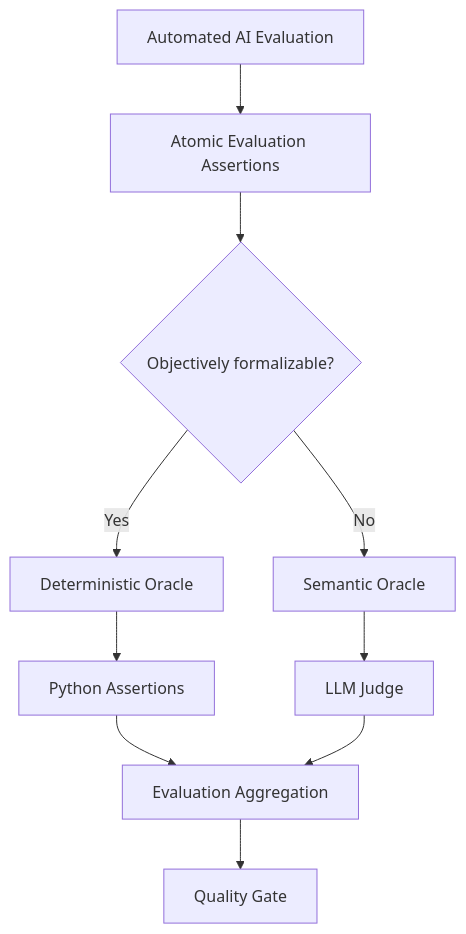
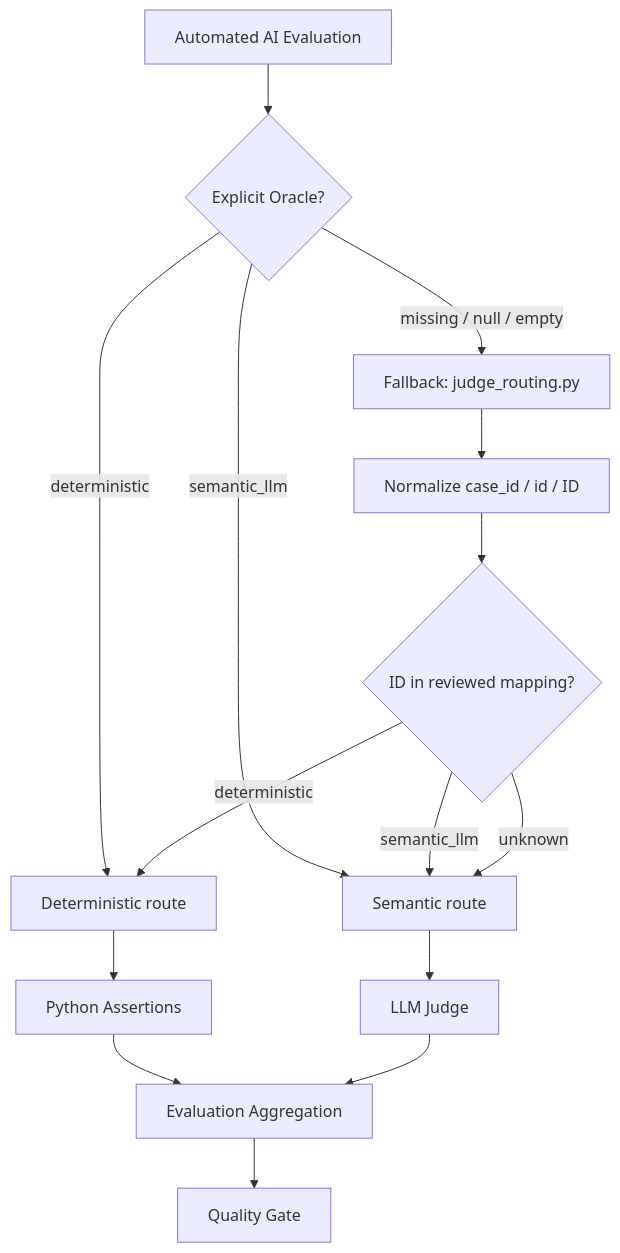
One commit to oleksandrserhieiev-beep/ai-qe-lab changed the second of 3 diagrams in README.md. Above: the diagram before and after it, drawn with Mermaid. The commit also changed other lines of this file, not shown here.

Commit message:
Document oracle routing fallback

````diff
--- a/README.md
+++ b/README.md
@@ -56,12 +56,17 @@
 ```mermaid
 flowchart TD
-    A[Automated AI Evaluation] --> AT[Atomic Evaluation Assertions]
-    AT --> Q{Objectively formalizable?}
-    Q -->|Yes| D[Deterministic Oracle]
-    Q -->|No| S[Semantic Oracle]
+    A[Automated AI Evaluation] --> O{Explicit Oracle?}
+    O -->|deterministic| D[Deterministic route]
+    O -->|semantic_llm| S[Semantic route]
+    O -->|missing / null / empty| F[Fallback: judge_routing.py]
+    F --> ID[Normalize case_id / id / ID]
+    ID --> M{ID in reviewed mapping?}
+    M -->|deterministic| D
+    M -->|semantic_llm| S
+    M -->|unknown| S
     D --> P[Python Assertions]
     S --> L[LLM Judge]
     P --> R[Evaluation Aggregation]
     L --> R
     R --> G[Quality Gate]
 ```
````
